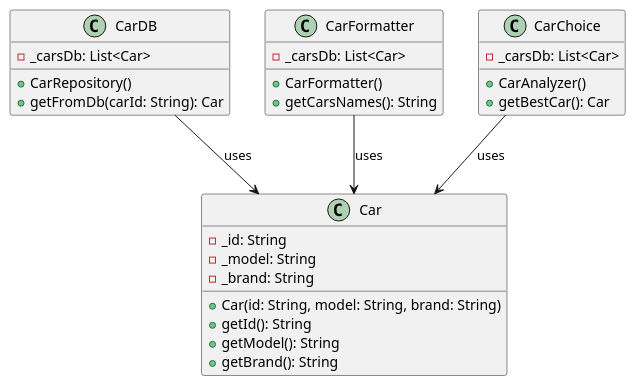
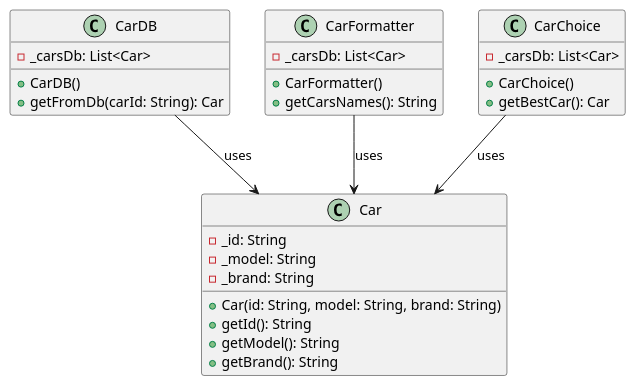
Before and after one commit to walid192/Software-Architecture: the diagram in SRP/src/com/directi/training/srp/solution/solution.wsd, drawn with PlantUML. The commit also changed 1 other file, not shown here.

```diff
--- a/SRP/src/com/directi/training/srp/solution/solution.wsd
+++ b/SRP/src/com/directi/training/srp/solution/solution.wsd
@@ -1,35 +1,35 @@
 @startuml
 
 class Car {
     - _id: String
     - _model: String
     - _brand: String
     + Car(id: String, model: String, brand: String)
     + getId(): String
     + getModel(): String
     + getBrand(): String
 }
 
 class CarDB {
     - _carsDb: List<Car>
-    + CarRepository()
+    + CarDB()
     + getFromDb(carId: String): Car
 }
 
 class CarFormatter {
     - _carsDb: List<Car>
     + CarFormatter()
     + getCarsNames(): String
 }
 
 class CarChoice {
     - _carsDb: List<Car>
-    + CarAnalyzer()
+    + CarChoice()
     + getBestCar(): Car
 }
 
 CarDB --> Car : uses
 CarFormatter --> Car : uses
 CarChoice --> Car : uses
 
 @enduml
```
